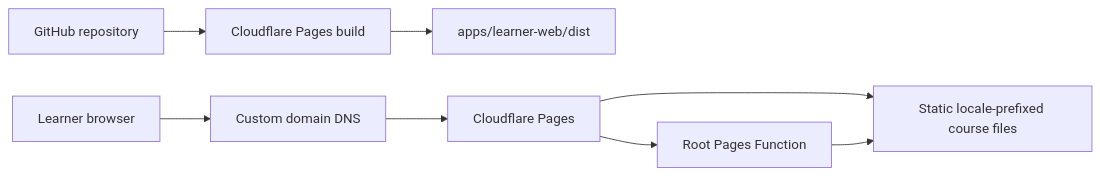
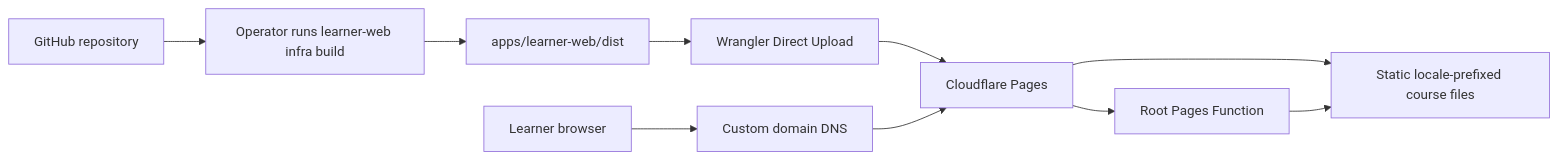
Before and after one commit to The-ArtBrain/TutorBrains: the diagram in doc/design/CLOUDFLARE_PAGES_HOSTING_SPEC.md, drawn with Mermaid. The commit also changed other lines of this file and 14 other files, not shown here.

````diff
--- a/doc/design/CLOUDFLARE_PAGES_HOSTING_SPEC.md
+++ b/doc/design/CLOUDFLARE_PAGES_HOSTING_SPEC.md
@@ -41,10 +41,12 @@
 ```mermaid
 flowchart LR
-    Git["GitHub repository"] --> Build["Cloudflare Pages build"]
+    Git["GitHub repository"] --> Build["Operator runs learner-web infra build"]
     Build --> Dist["apps/learner-web/dist"]
+    Dist --> Upload["Wrangler Direct Upload"]
+    Upload --> Pages["Cloudflare Pages"]
     Browser["Learner browser"] --> DNS["Custom domain DNS"]
     DNS --> Pages["Cloudflare Pages"]
     Pages --> Root["Root Pages Function"]
     Pages --> Static["Static locale-prefixed course files"]
     Root --> Static
 ```
````
